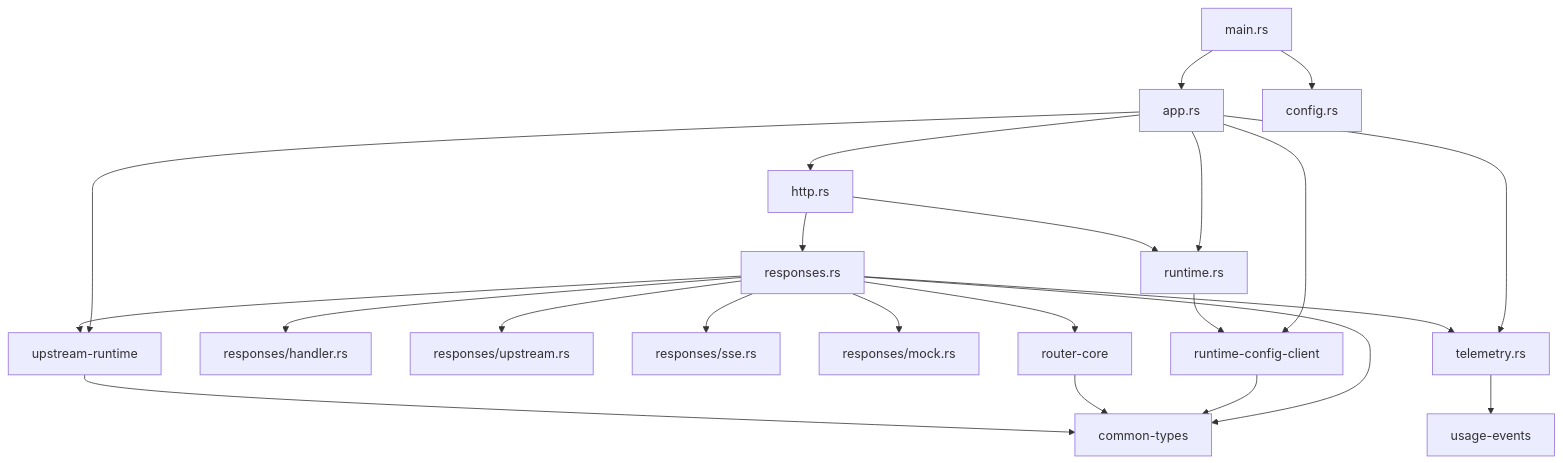
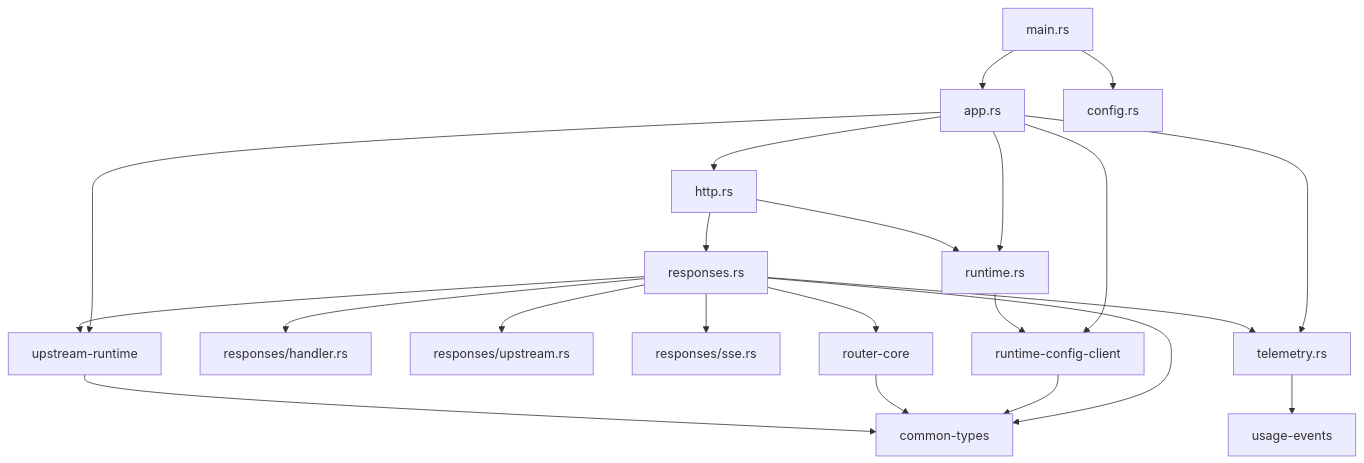
Before and after one commit to howard12358/OXCLIProxyAPI: the second of 7 diagrams in rust/cliproxy-data-plane/docs/current/当前架构说明.md, drawn with Mermaid. The commit also changed other lines of this file and 11 other files, not shown here.

First line of the commit message:
fix(data-plane): 去除 responses 本地 mock 兜底

````diff
--- a/rust/cliproxy-data-plane/docs/current/当前架构说明.md
+++ b/rust/cliproxy-data-plane/docs/current/当前架构说明.md
@@ -61,42 +61,40 @@
 ```mermaid
 flowchart TD
     Main[main.rs]
     App[app.rs]
     Config[config.rs]
     Runtime[runtime.rs]
     Http[http.rs]
     Telemetry[telemetry.rs]
     Responses[responses.rs]
     ResponsesHandler[responses/handler.rs]
     ResponsesUpstream[responses/upstream.rs]
     ResponsesSse[responses/sse.rs]
-    ResponsesMock[responses/mock.rs]
     RCC[runtime-config-client]
     RouterCore[router-core]
     UpstreamRuntime[upstream-runtime]
     UsageEvents[usage-events]
     Common[common-types]
 
     Main --> Config
     Main --> App
     App --> Runtime
     App --> RCC
     App --> UpstreamRuntime
     App --> Http
     App --> Telemetry
     Http --> Responses
     Http --> Runtime
     Responses --> Telemetry
     Responses --> RouterCore
     Responses --> UpstreamRuntime
     Responses --> Common
     Responses --> ResponsesHandler
     Responses --> ResponsesUpstream
     Responses --> ResponsesSse
-    Responses --> ResponsesMock
     Telemetry --> UsageEvents
     Runtime --> RCC
     RCC --> Common
     RouterCore --> Common
     UpstreamRuntime --> Common
 ```
````
